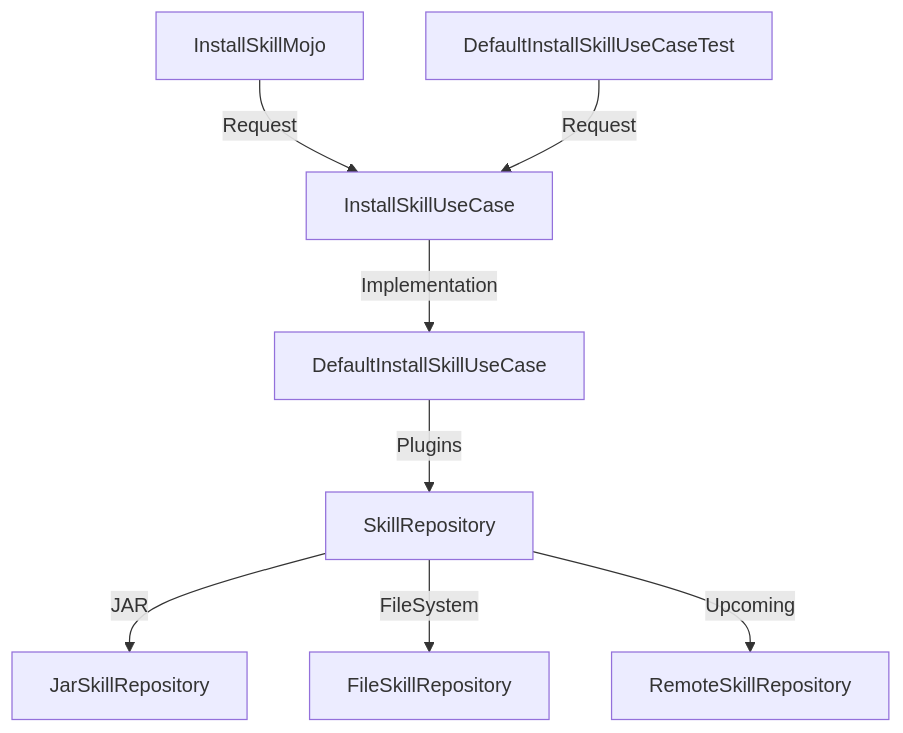
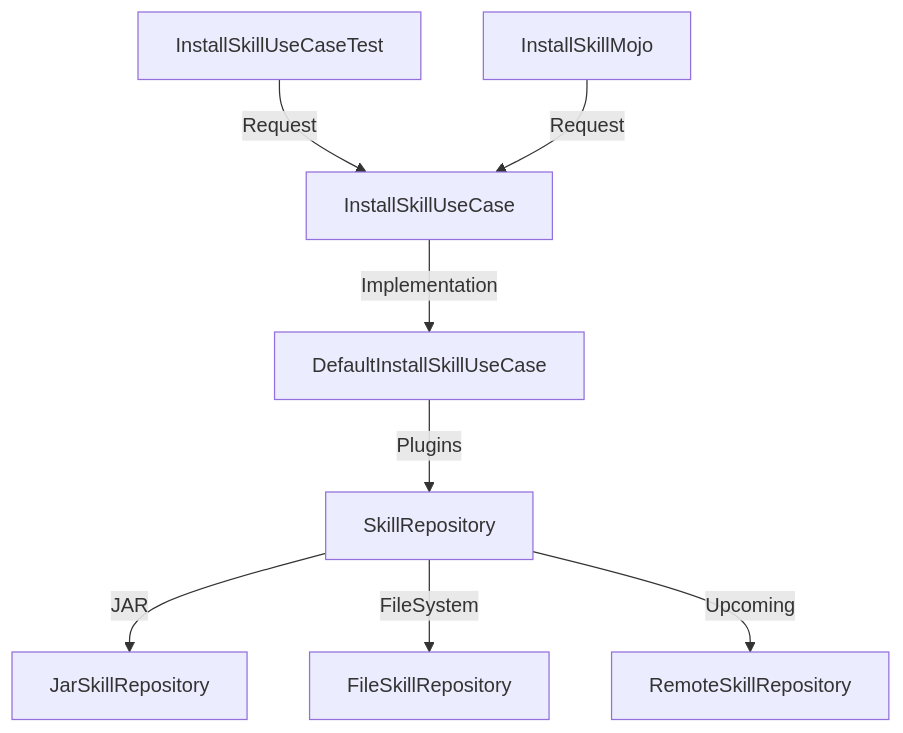
The diagram in clean-skills/README.md (kodyli/clean), drawn with Mermaid before and after one commit. The commit also changed 1 other file, not shown here.

Commit message:
test: rename DefaultInstallSkillUseCaseTest to InstallSkillUseCaseTest
Renames the `DefaultInstallSkillUseCaseTest` suite in the `clean-skills` module to `InstallSkillUseCaseTest` and updates the Architecture diagram in `README.md` to match the new naming conventions. This better aligns the test suite name with the domain use case interface it validates.

````diff
--- a/clean-skills/README.md
+++ b/clean-skills/README.md
@@ -16,10 +16,10 @@
 ```mermaid
 graph TD
+    Test[InstallSkillUseCaseTest] -->|Request| UseCase[InstallSkillUseCase]
     Mojo[InstallSkillMojo] -->|Request| UseCase[InstallSkillUseCase]
-    Test[DefaultInstallSkillUseCaseTest] -->|Request| UseCase[InstallSkillUseCase]
     UseCase -->|Implementation| DefaultUseCase[DefaultInstallSkillUseCase]
     DefaultUseCase -->|Plugins| SkillRepo[SkillRepository]
     SkillRepo -->|JAR| JarRepo[JarSkillRepository]
     SkillRepo -->|FileSystem| FileRepo[FileSkillRepository]
     SkillRepo -->|Upcoming| RemoteRepo[RemoteSkillRepository]
 ```
````
